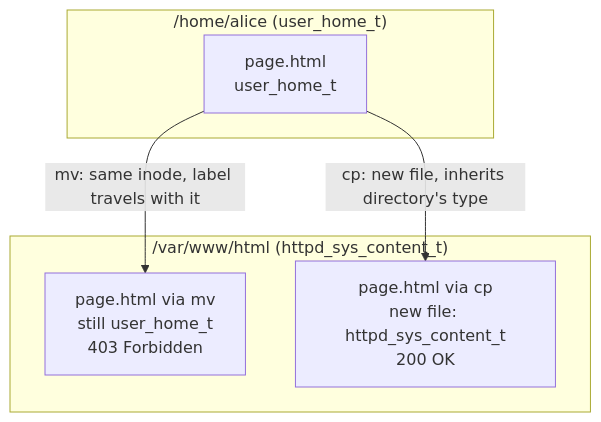
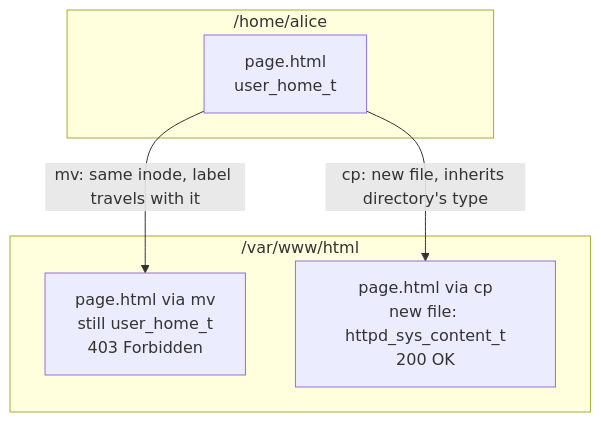
Before and after one commit to ssimpson89/LinuxTrainingCourse: the second of 2 diagrams in content/16-selinux.md, drawn with Mermaid. The commit also changed other lines of this file and 3 other files, not shown here.

````diff
--- a/content/16-selinux.md
+++ b/content/16-selinux.md
@@ -266,12 +296,12 @@
 ```mermaid
 flowchart TB
-    subgraph home["/home/alice (user_home_t)"]
+    subgraph home["/home/alice"]
         F1["page.html<br/>user_home_t"]
     end
-    subgraph web["/var/www/html (httpd_sys_content_t)"]
+    subgraph web["/var/www/html"]
         M["page.html via mv<br/>still user_home_t<br/>403 Forbidden"]
         C["page.html via cp<br/>new file: httpd_sys_content_t<br/>200 OK"]
     end
     F1 -- "mv: same inode, label travels with it" --> M
     F1 -- "cp: new file, inherits directory's type" --> C
 ```
````
